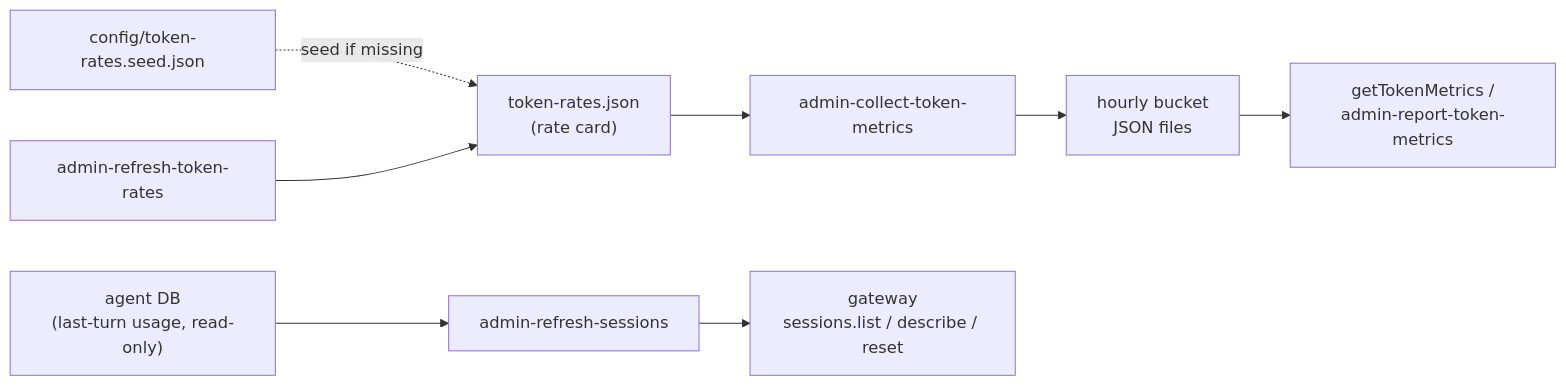
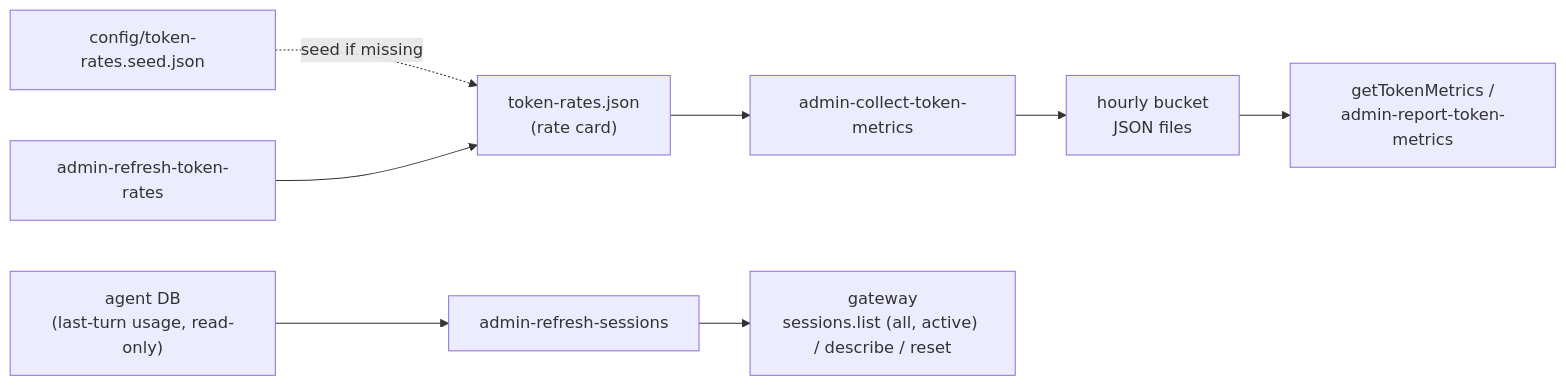
Before and after one commit to karmaniverous/jeeves-scripts-core: the diagram in packages/core/guides/admin.md, drawn with Mermaid. The commit also changed other lines of this file and 7 other files, not shown here.

First line of the commit message:
feat(admin): re-check busy with sessions.list activeOnly before each live reset (#73)

````diff
--- a/packages/core/guides/admin.md
+++ b/packages/core/guides/admin.md
@@ -25,11 +25,11 @@
 ```mermaid
 flowchart LR
   collect["admin-collect-token-metrics"] --> buckets["hourly bucket\nJSON files"]
   buckets --> metrics["getTokenMetrics /\nadmin-report-token-metrics"]
   seed["config/token-rates.seed.json"] -. "seed if missing" .-> card["token-rates.json\n(rate card)"]
   rates["admin-refresh-token-rates"] --> card
   card --> collect
 
   agentdb["agent DB\n(last-turn usage, read-only)"] --> refresh["admin-refresh-sessions"]
-  refresh --> gateway["gateway\nsessions.list / describe / reset"]
+  refresh --> gateway["gateway\nsessions.list (all, active) / describe / reset"]
 ```
````
